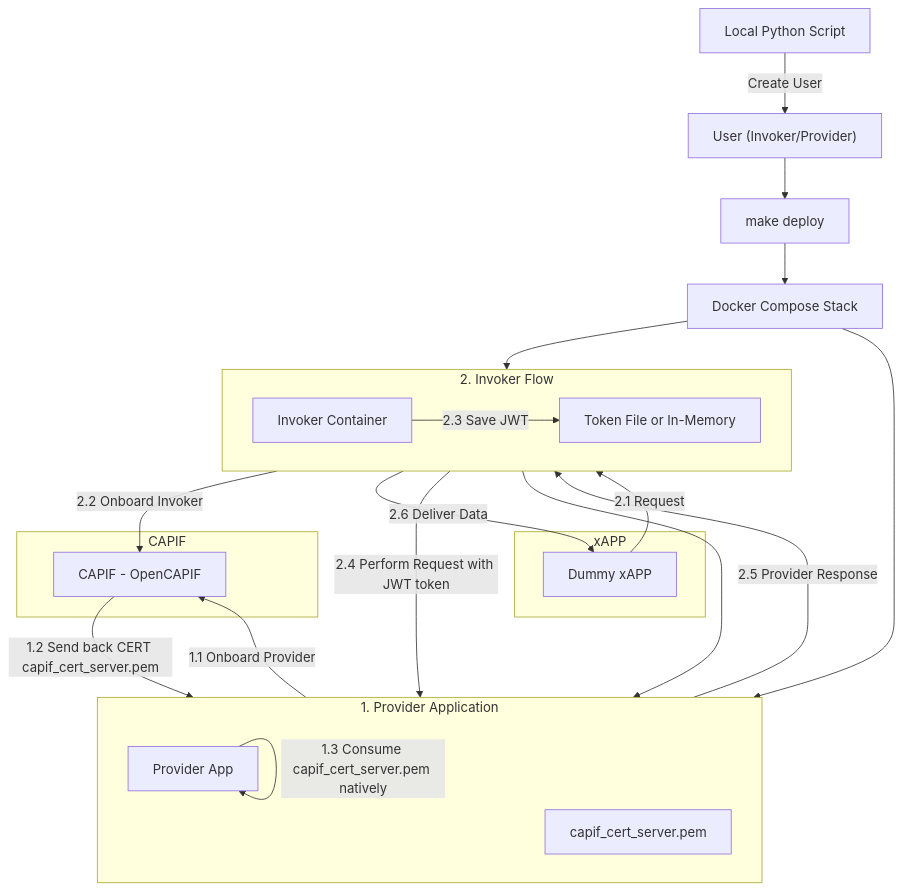
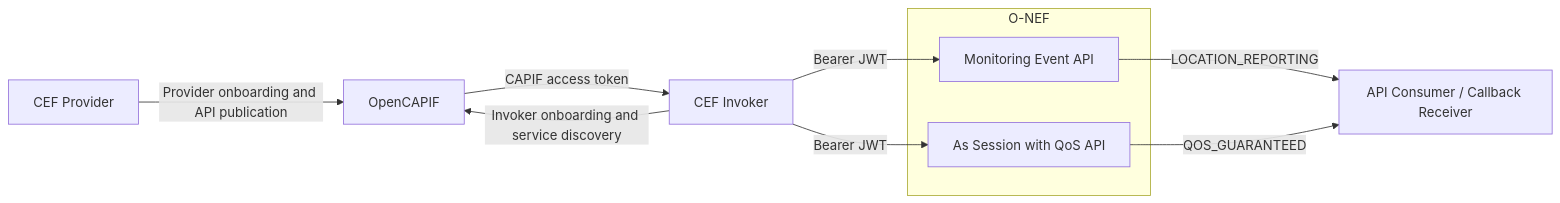
The diagram in README.md (FRONT-research-group/ocf-net-app-integration), drawn with Mermaid before and after one commit. The commit also changed other lines of this file and 38 other files, not shown here.

````diff
--- a/README.md
+++ b/README.md
@@ -271,51 +117,23 @@
 ```mermaid
-flowchart TD
-    %% User creation
-    A[Local Python Script] -->|Create User| B["User (Invoker/Provider)"]
-    B --> C[make deploy]
+flowchart LR
+    P[CEF Provider]
+    C[OpenCAPIF]
+    I[CEF Invoker]
 
-    %% Deployment stack
-    C --> D[Docker Compose Stack]
-
-    %% Independent CAPIF and xAPP
-    subgraph CAPIFBlock [CAPIF]
-        F[CAPIF - OpenCAPIF]
-    end
-    subgraph xAPPBlock [xAPP]
-        K[Dummy xAPP]
+    subgraph N[O-NEF]
+        M[Monitoring Event API]
+        Q[As Session with QoS API]
     end
 
-    %% Provider onboarding (top container)
-    subgraph Onboarding [1. Provider Application]
-        direction LR
-        %% Independent Provider App
-        J[Provider App]
-        %%J[Provider Onboarding Process]
-        G[capif_cert_server.pem]
-        J -->|1.3 Consume capif_cert_server.pem natively| J
-        J -->|1.1 Onboard Provider| F
-        F -->|1.2 Send back CERT capif_cert_server.pem| J
-    end
+    R[API Consumer / Callback Receiver]
 
-    %% Invoker onboarding (bottom container)
-    subgraph Invoker [2. Invoker Flow]
-        direction LR
-        H[Invoker Container]
-        I[Token File or In-Memory]
-        H -->|2.2 Onboard Invoker| F
-        H -->|2.3 Save JWT| I     
-    end
+    P -->|Provider onboarding and API publication| C
+    I -->|Invoker onboarding and service discovery| C
+    C -->|CAPIF access token| I
 
-    %% Connections from deployment
-    D --> Onboarding
-    D --> Invoker
+    I -->|Bearer JWT| M
+    I -->|Bearer JWT| Q
 
-    %% xAPP interaction (separate horizontal flow)
-    K -->|2.1 Request| H
-    H -->|2.4 Perform Request with JWT token| J
-    J -->|2.5 Provider Response| H
-    H -->|2.6 Deliver Data| K
-    I --> J
-
-
+    M -->|LOCATION_REPORTING| R
+    Q -->|QOS_GUARANTEED| R
 ```
````
